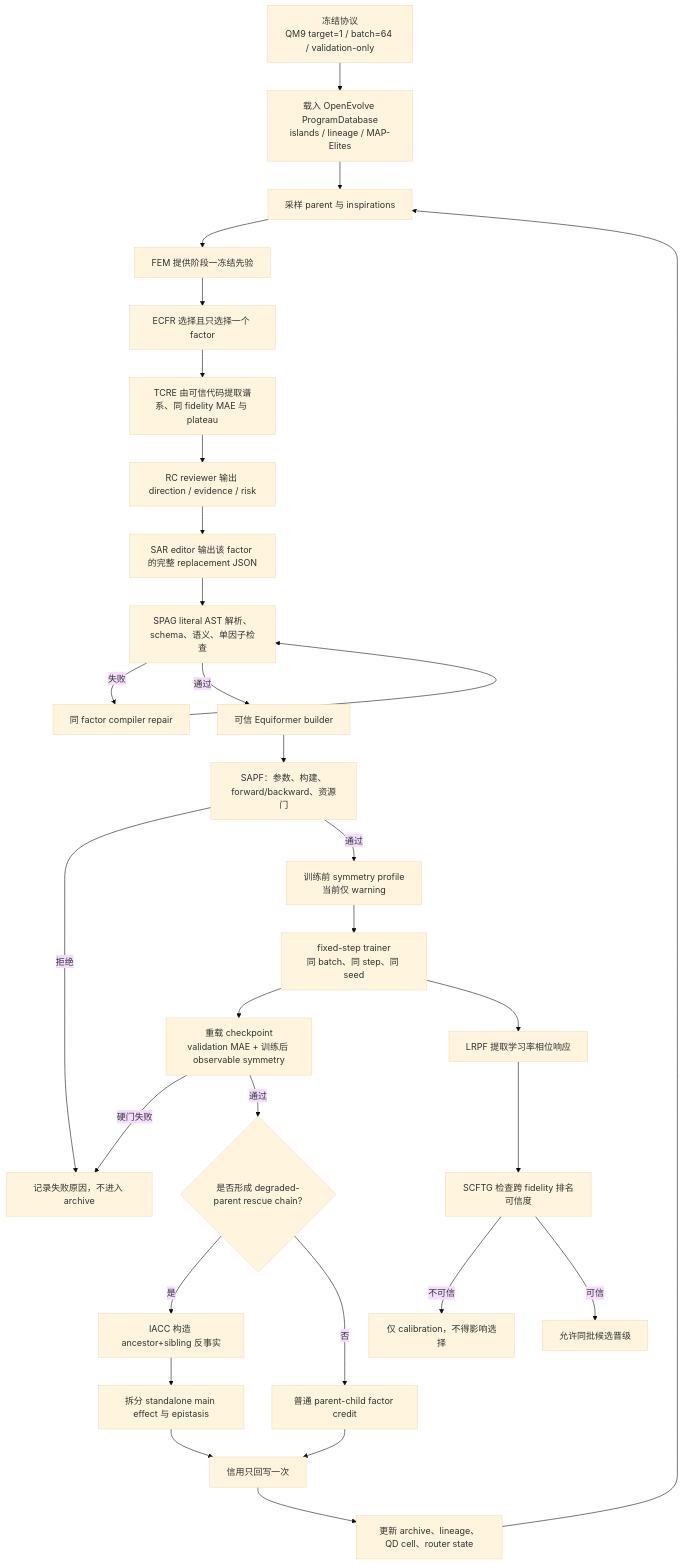
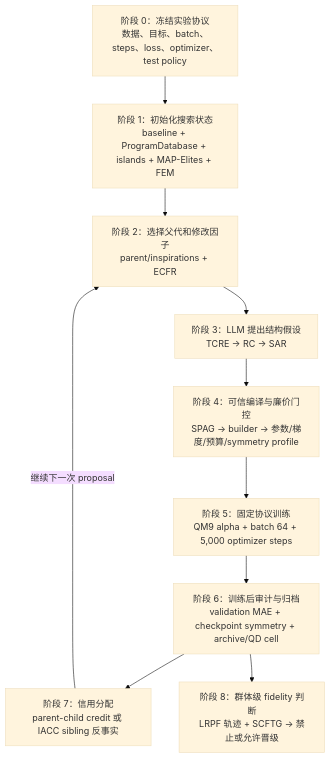
Before and after one commit to tju-yxq/openevolve: the first of 11 diagrams in STAGE1_TRACEABILITY.md, drawn with Mermaid (base theme). The commit also changed other lines of this file and 1 other file, not shown here.

````diff
--- a/STAGE1_TRACEABILITY.md
+++ b/STAGE1_TRACEABILITY.md
@@ -209,32 +221,15 @@
 ```mermaid
 flowchart TD
-    P0["冻结协议<br/>QM9 target=1 / batch=64 / validation-only"] --> P1["载入 OpenEvolve ProgramDatabase<br/>islands / lineage / MAP-Elites"]
-    P1 --> P2["采样 parent 与 inspirations"]
-    P2 --> P3["FEM 提供阶段一冻结先验"]
-    P3 --> P4["ECFR 选择且只选择一个 factor"]
-    P4 --> P5["TCRE 由可信代码提取谱系、同 fidelity MAE 与 plateau"]
-    P5 --> P6["RC reviewer 输出 direction / evidence / risk"]
-    P6 --> P7["SAR editor 输出该 factor 的完整 replacement JSON"]
-    P7 --> P8["SPAG literal AST 解析、schema、语义、单因子检查"]
-    P8 -->|"失败"| P9["同 factor compiler repair"]
-    P9 --> P8
-    P8 -->|"通过"| P10["可信 Equiformer builder"]
-    P10 --> P11["SAPF：参数、构建、forward/backward、资源门"]
-    P11 -->|"拒绝"| P20["记录失败原因，不进入 archive"]
-    P11 -->|"通过"| P12["训练前 symmetry profile<br/>当前仅 warning"]
-    P12 --> P13["fixed-step trainer<br/>同 batch、同 step、同 seed"]
-    P13 --> P14["重载 checkpoint<br/>validation MAE + 训练后 observable symmetry"]
-    P14 -->|"硬门失败"| P20
-    P14 -->|"通过"| P15{"是否形成 degraded-parent rescue chain?"}
-    P15 -->|"是"| P16["IACC 构造 ancestor+sibling 反事实"]
-    P16 --> P17["拆分 standalone main effect 与 epistasis"]
-    P15 -->|"否"| P18["普通 parent-child factor credit"]
-    P17 --> P19["信用只回写一次"]
-    P18 --> P19
-    P19 --> P21["更新 archive、lineage、QD cell、router state"]
-    P21 --> P2
-    P13 --> P22["LRPF 提取学习率相位响应"]
-    P22 --> P23["SCFTG 检查跨 fidelity 排名可信度"]
-    P23 -->|"不可信"| P24["仅 calibration，不得影响选择"]
-    P23 -->|"可信"| P25["允许同批候选晋级"]
+    S0["阶段 0：冻结实验协议<br/>数据、目标、batch、steps、loss、optimizer、test policy"]
+    S1["阶段 1：初始化搜索状态<br/>baseline + ProgramDatabase + islands + MAP-Elites + FEM"]
+    S2["阶段 2：选择父代和修改因子<br/>parent/inspirations + ECFR"]
+    S3["阶段 3：LLM 提出结构假设<br/>TCRE → RC → SAR"]
+    S4["阶段 4：可信编译与廉价门控<br/>SPAG → builder → 参数/梯度/预算/symmetry profile"]
+    S5["阶段 5：固定协议训练<br/>QM9 alpha + batch 64 + 5,000 optimizer steps"]
+    S6["阶段 6：训练后审计与归档<br/>validation MAE + checkpoint symmetry + archive/QD cell"]
+    S7["阶段 7：信用分配<br/>parent-child credit 或 IACC sibling 反事实"]
+    S8["阶段 8：群体级 fidelity 判断<br/>LRPF 轨迹 + SCFTG → 禁止或允许晋级"]
+    S0 --> S1 --> S2 --> S3 --> S4 --> S5 --> S6 --> S7
+    S7 -->|"继续下一次 proposal"| S2
+    S6 --> S8
 ```
````
